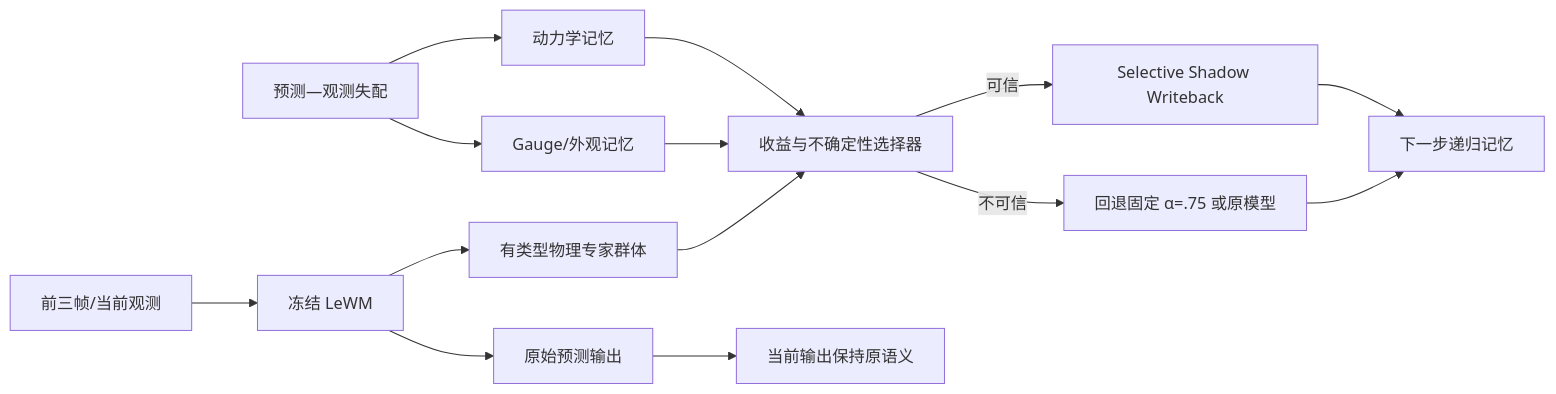
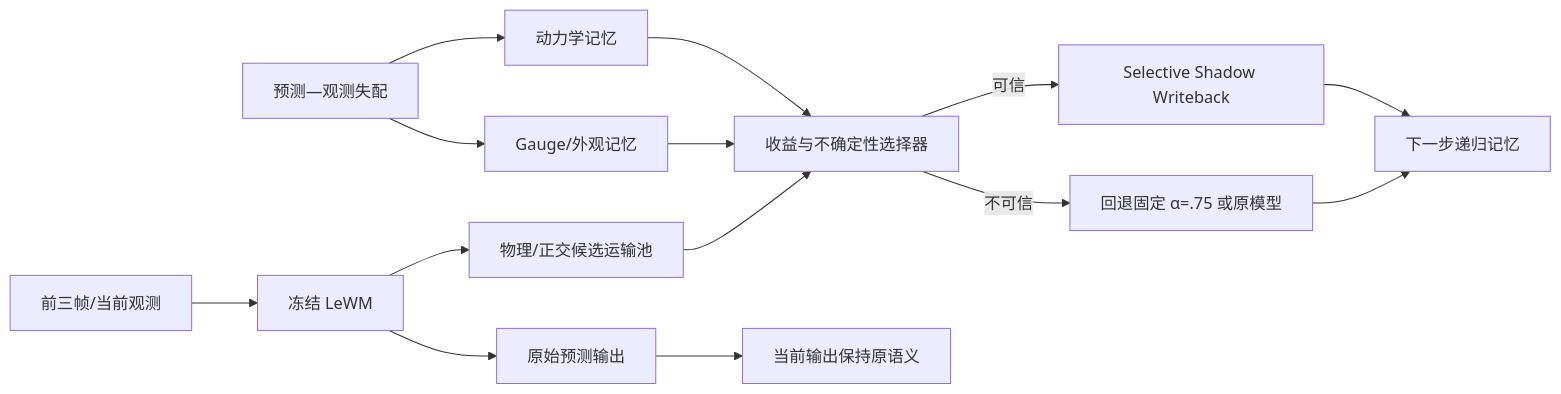
One commit to XuUSTC99/wm changed the diagram in reports/iclr_gipp/ICLR_MASTER_REPORT.md. Above: the diagram before and after it, drawn with Mermaid. The commit also changed other lines of this file and 6 other files, not shown here.

````diff
--- a/reports/iclr_gipp/ICLR_MASTER_REPORT.md
+++ b/reports/iclr_gipp/ICLR_MASTER_REPORT.md
@@ -125,16 +129,16 @@
 ```mermaid
 flowchart LR
     A["前三帧/当前观测"] --> B["冻结 LeWM"]
     B --> C["原始预测输出"]
-    B --> D["有类型物理专家群体"]
+    B --> D["物理/正交候选运输池"]
     E["预测—观测失配"] --> F["动力学记忆"]
     E --> G["Gauge/外观记忆"]
     F --> H["收益与不确定性选择器"]
     G --> H
     D --> H
     H -->|"可信"| I["Selective Shadow Writeback"]
     H -->|"不可信"| J["回退固定 α=.75 或原模型"]
     I --> K["下一步递归记忆"]
     J --> K
     C --> L["当前输出保持原语义"]
 ```
````
